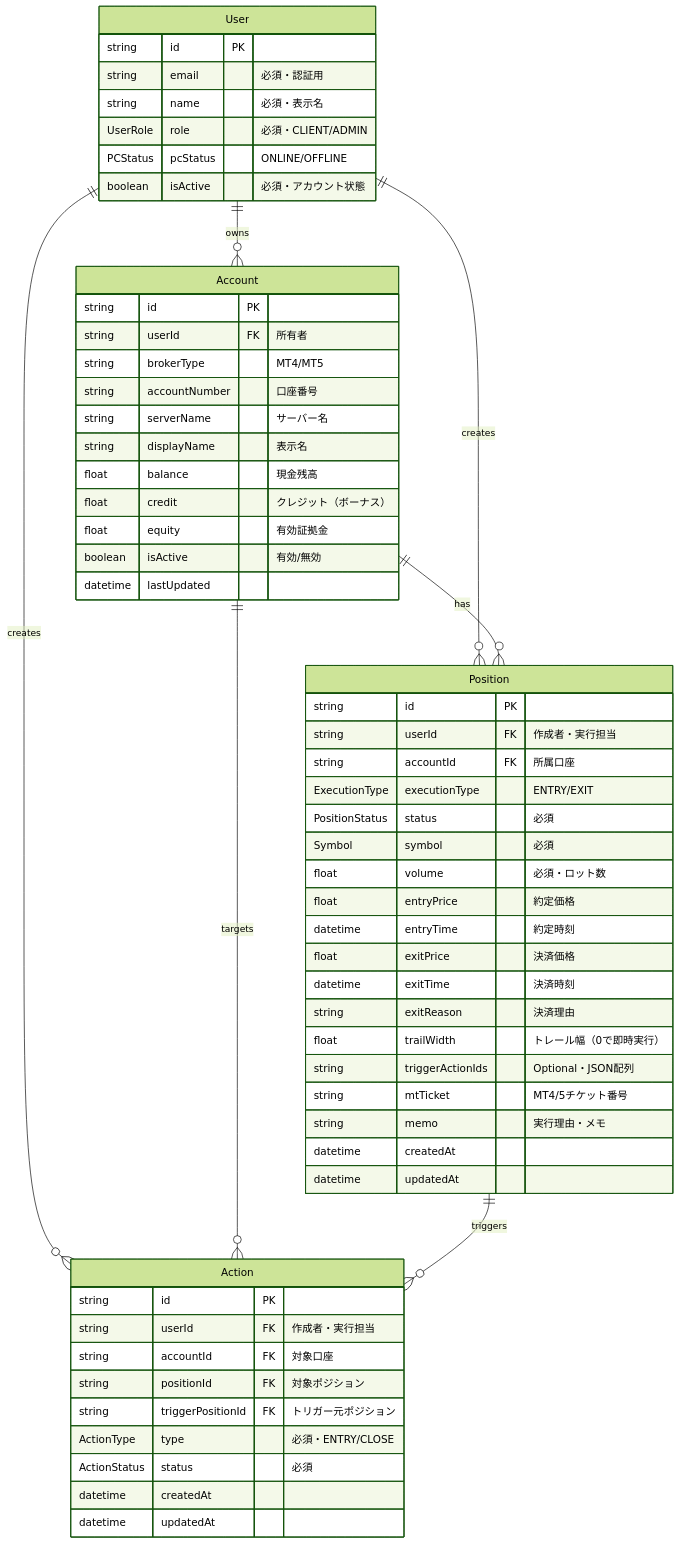
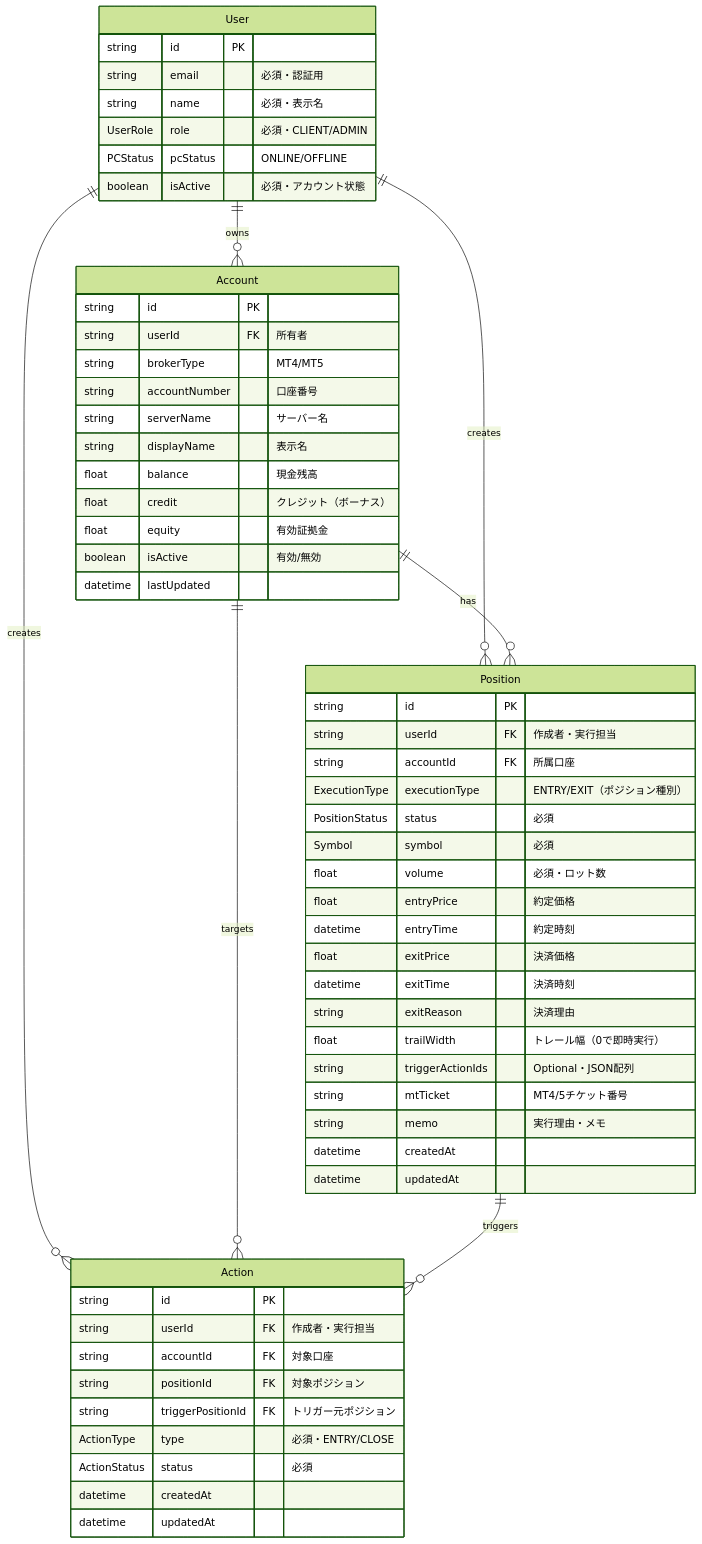
One commit to rnrnstar2/ArbitrageAssistant changed the second of 16 diagrams in MVPシステム設計.md. Above: the diagram before and after it, drawn with Mermaid (forest theme). The commit also changed other lines of this file and 26 other files, not shown here.

````diff
--- a/MVPシステム設計.md
+++ b/MVPシステム設計.md
@@ -53,65 +53,65 @@
 ```mermaid
 erDiagram
     User ||--o{ Account : owns
     User ||--o{ Position : creates
     User ||--o{ Action : creates
     Account ||--o{ Position : has
     Account ||--o{ Action : targets
     Position ||--o{ Action : triggers
 
     User {
         string id PK
         string email "必須・認証用"
         string name "必須・表示名"
         UserRole role "必須・CLIENT/ADMIN"
         PCStatus pcStatus "ONLINE/OFFLINE"
         boolean isActive "必須・アカウント状態"
     }
 
     Account {
         string id PK
         string userId FK "所有者"
         string brokerType "MT4/MT5"
         string accountNumber "口座番号"
         string serverName "サーバー名"
         string displayName "表示名"
         float balance "現金残高"
         float credit "クレジット（ボーナス）"
         float equity "有効証拠金"
         boolean isActive "有効/無効"
         datetime lastUpdated
     }
 
     Position {
         string id PK
         string userId FK "作成者・実行担当"
         string accountId FK "所属口座"
-        ExecutionType executionType "ENTRY/EXIT"
+        ExecutionType executionType "ENTRY/EXIT（ポジション種別）"
         PositionStatus status "必須"
         Symbol symbol "必須"
         float volume "必須・ロット数"
         float entryPrice "約定価格"
         datetime entryTime "約定時刻"
         float exitPrice "決済価格"
         datetime exitTime "決済時刻"
         string exitReason "決済理由"
         float trailWidth "トレール幅（0で即時実行）"
         string triggerActionIds "Optional・JSON配列"
         string mtTicket "MT4/5チケット番号"
         string memo "実行理由・メモ"
         datetime createdAt
         datetime updatedAt
     }
 
     Action {
         string id PK
         string userId FK "作成者・実行担当"
         string accountId FK "対象口座"
         string positionId FK "対象ポジション"
         string triggerPositionId FK "トリガー元ポジション"
         ActionType type "必須・ENTRY/CLOSE"
         ActionStatus status "必須"
         datetime createdAt
         datetime updatedAt
     }
 ```
````
